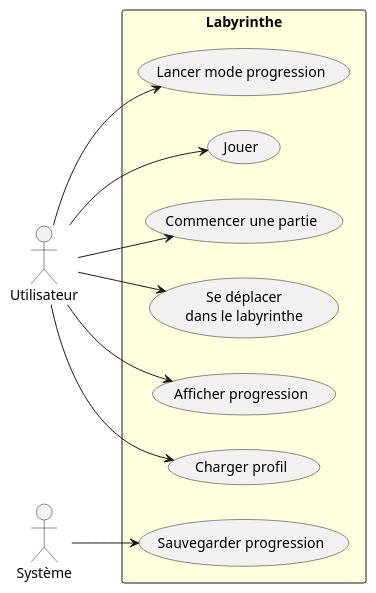
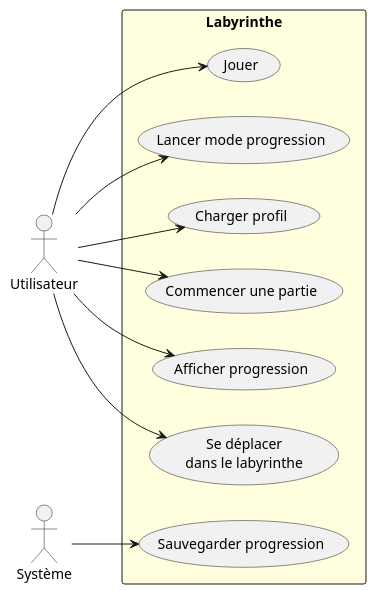
One commit to blavogiez/developpement-modulab-Semestre3 changed the diagram in rapports/analyse/diagramme_cas_utilisation.puml. Above: the diagram before and after it, drawn with PlantUML. The commit also changed 8 other files, not shown here.

Commit message:
feat(analyse): Reformulation pour respect commencer une partie et jouer, c'est bien

```diff
--- a/rapports/analyse/diagramme_cas_utilisation.puml
+++ b/rapports/analyse/diagramme_cas_utilisation.puml
@@ -1,26 +1,28 @@
 @startuml Labyrinthe
 left to right direction
 
 actor "Utilisateur" as us
 actor "Système" as sy
 
 rectangle Labyrinthe #lightyellow {
   usecase "Jouer" as UC1
-  usecase "Commencer une partie" as UC2
-  usecase "Se déplacer\ndans le labyrinthe" as UC3
-  usecase "Afficher progression" as UC4
-  usecase "Sauvegarder progression" as UC5
-  usecase "Charger profil" as UC6
-  usecase "Lancer mode progression" as UC7
+  usecase "Lancer mode progression" as UC2
+  usecase "Charger profil" as UC3
+  usecase "Commencer une partie" as UC4
+
+  usecase "Afficher progression" as UC5
+  usecase "Se déplacer\ndans le labyrinthe" as UC6
+  usecase "Sauvegarder progression" as UC7
 }
 
 ' Relations principales (acteur -> cas d'utilisation)
+
 us --> UC1
 us --> UC2
 us --> UC3
 us --> UC4
+us --> UC5
 us --> UC6
-us --> UC7
 
-sy --> UC5
+sy --> UC7
 @enduml
```
